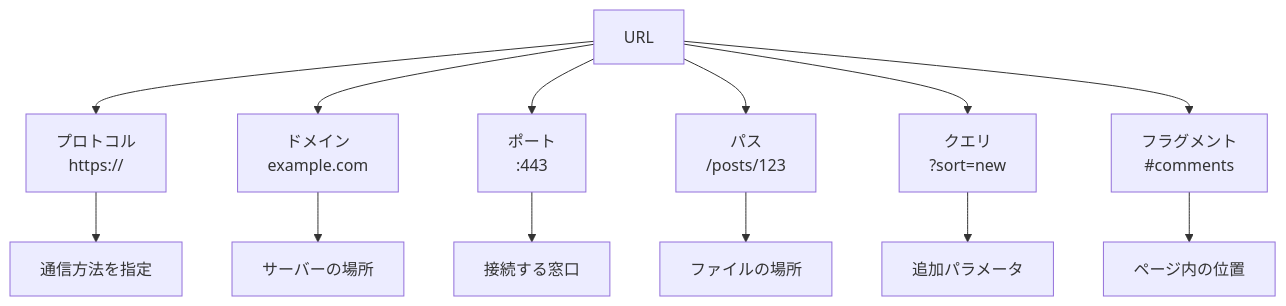
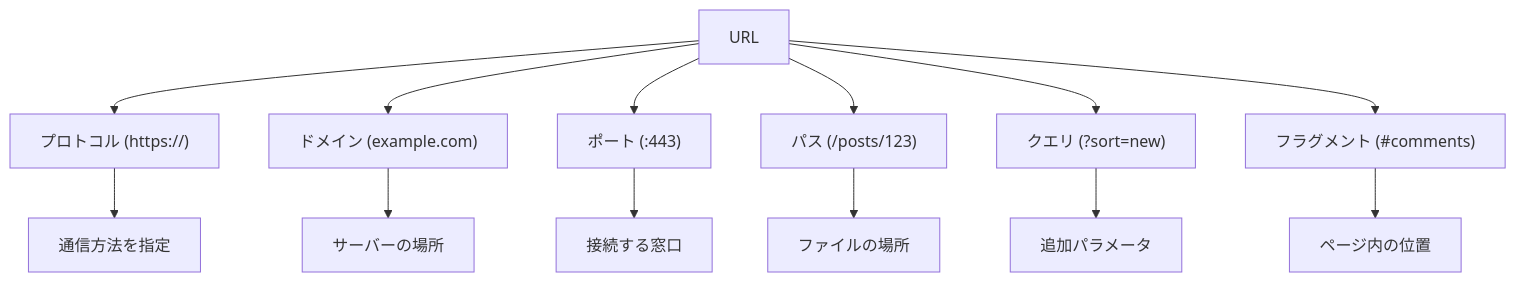
The seventh of 15 diagrams in docs/textbook/02-Web開発の基礎知識.md (shuhei0720/keion-circle-site), drawn with Mermaid before and after one commit. The commit also changed other lines of this file, not shown here.

First line of the commit message:
🐛 mermaid図のエラー修正とコード説明を大幅強化

````diff
--- a/docs/textbook/02-Web開発の基礎知識.md
+++ b/docs/textbook/02-Web開発の基礎知識.md
@@ -362,16 +518,16 @@
 ```mermaid
 graph TB
-    A[URL] --> B[プロトコル<br/>https://]
-    A --> C[ドメイン<br/>example.com]
-    A --> D[ポート<br/>:443]
-    A --> E[パス<br/>/posts/123]
-    A --> F[クエリ<br/>?sort=new]
-    A --> G[フラグメント<br/>#comments]
+    A[URL] --> B["プロトコル (https://)"]
+    A --> C["ドメイン (example.com)"]
+    A --> D["ポート (:443)"]
+    A --> E["パス (/posts/123)"]
+    A --> F["クエリ (?sort=new)"]
+    A --> G["フラグメント (#comments)"]
     
     B --> B1[通信方法を指定]
     C --> C1[サーバーの場所]
     D --> D1[接続する窓口]
     E --> E1[ファイルの場所]
     F --> F1[追加パラメータ]
     G --> G1[ページ内の位置]
 ```
````
